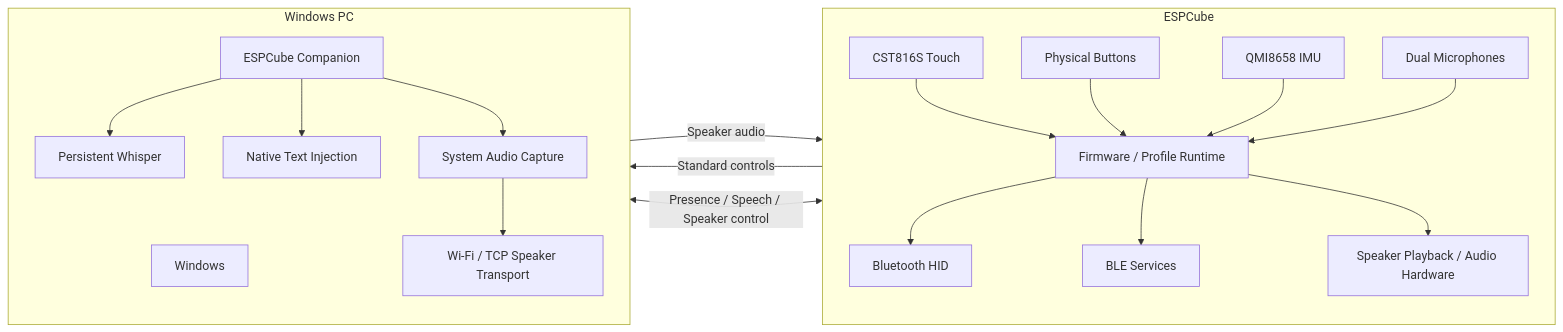
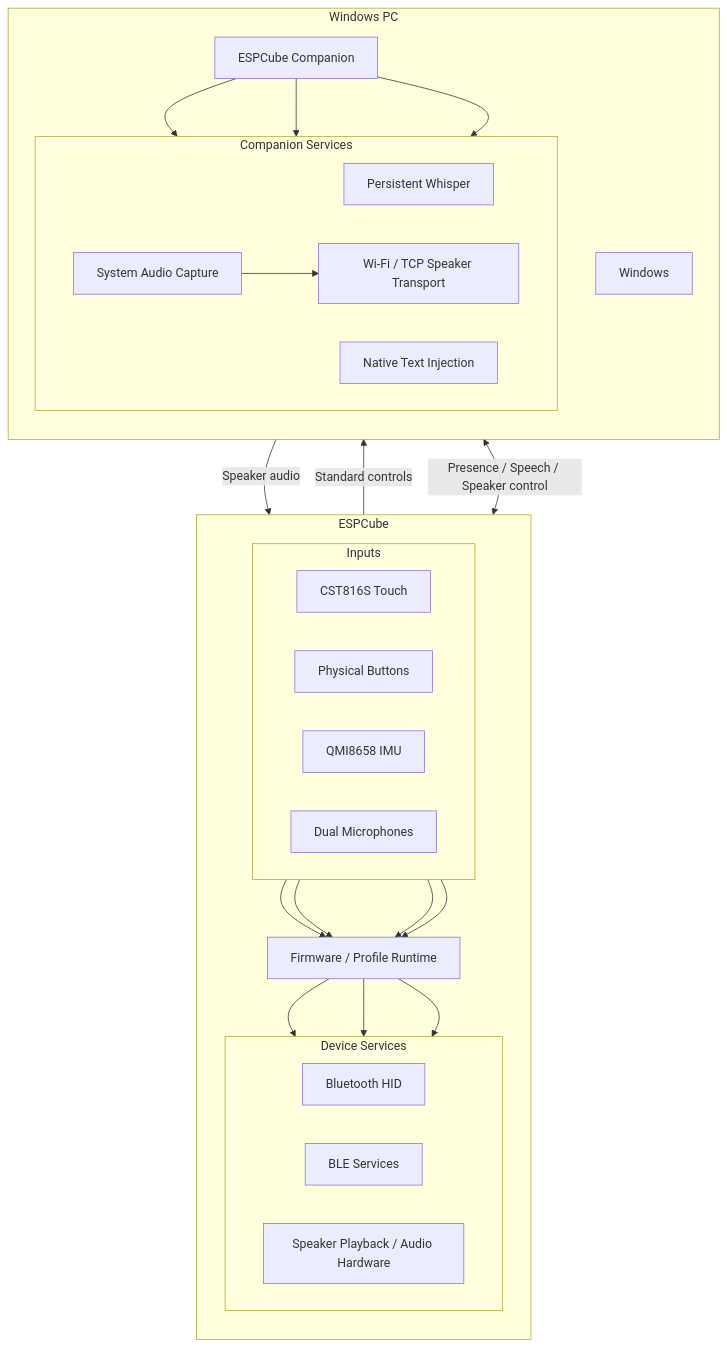
Before and after one commit to hasan-bukhari-dev/ESPCube: the third of 5 diagrams in README.md, drawn with Mermaid.

````diff
--- a/README.md
+++ b/README.md
@@ -211,50 +211,59 @@
 ```mermaid
-flowchart LR
+flowchart TB
 
     subgraph CUBE["ESPCube"]
         direction TB
 
-        TOUCH["CST816S Touch"]
-        BUTTONS["Physical Buttons"]
-        IMU["QMI8658 IMU"]
-        MICS["Dual Microphones"]
+        subgraph INPUTS["Inputs"]
+            direction LR
+            TOUCH["CST816S Touch"]
+            BUTTONS["Physical Buttons"]
+            IMU["QMI8658 IMU"]
+            MICS["Dual Microphones"]
+        end
 
         FW["Firmware / Profile Runtime"]
 
-        HID["Bluetooth HID"]
-        BLE["BLE Services"]
-        AUDIO["Speaker Playback / Audio Hardware"]
+        subgraph SERVICES["Device Services"]
+            direction LR
+            HID["Bluetooth HID"]
+            BLE["BLE Services"]
+            AUDIO["Speaker Playback / Audio Hardware"]
+        end
 
         TOUCH --> FW
         BUTTONS --> FW
         IMU --> FW
         MICS --> FW
 
         FW --> HID
         FW --> BLE
         FW --> AUDIO
     end
 
 
     subgraph PC["Windows PC"]
         direction TB
 
         WINDOWS["Windows"]
         COMP["ESPCube Companion"]
 
-        WHISPER["Persistent Whisper"]
-        INPUT["Native Text Injection"]
-        CAPTURE["System Audio Capture"]
-        TCP["Wi-Fi / TCP Speaker Transport"]
+        subgraph HOST["Companion Services"]
+            direction LR
+            WHISPER["Persistent Whisper"]
+            INPUT["Native Text Injection"]
+            CAPTURE["System Audio Capture"]
+            TCP["Wi-Fi / TCP Speaker Transport"]
+        end
 
         COMP --> WHISPER
         COMP --> INPUT
         COMP --> CAPTURE
         CAPTURE --> TCP
     end
 
 
     HID -->|"Standard controls"| WINDOWS
     BLE <-->|"Presence / Speech / Speaker control"| COMP
     TCP -->|"Speaker audio"| AUDIO
 ```
````
